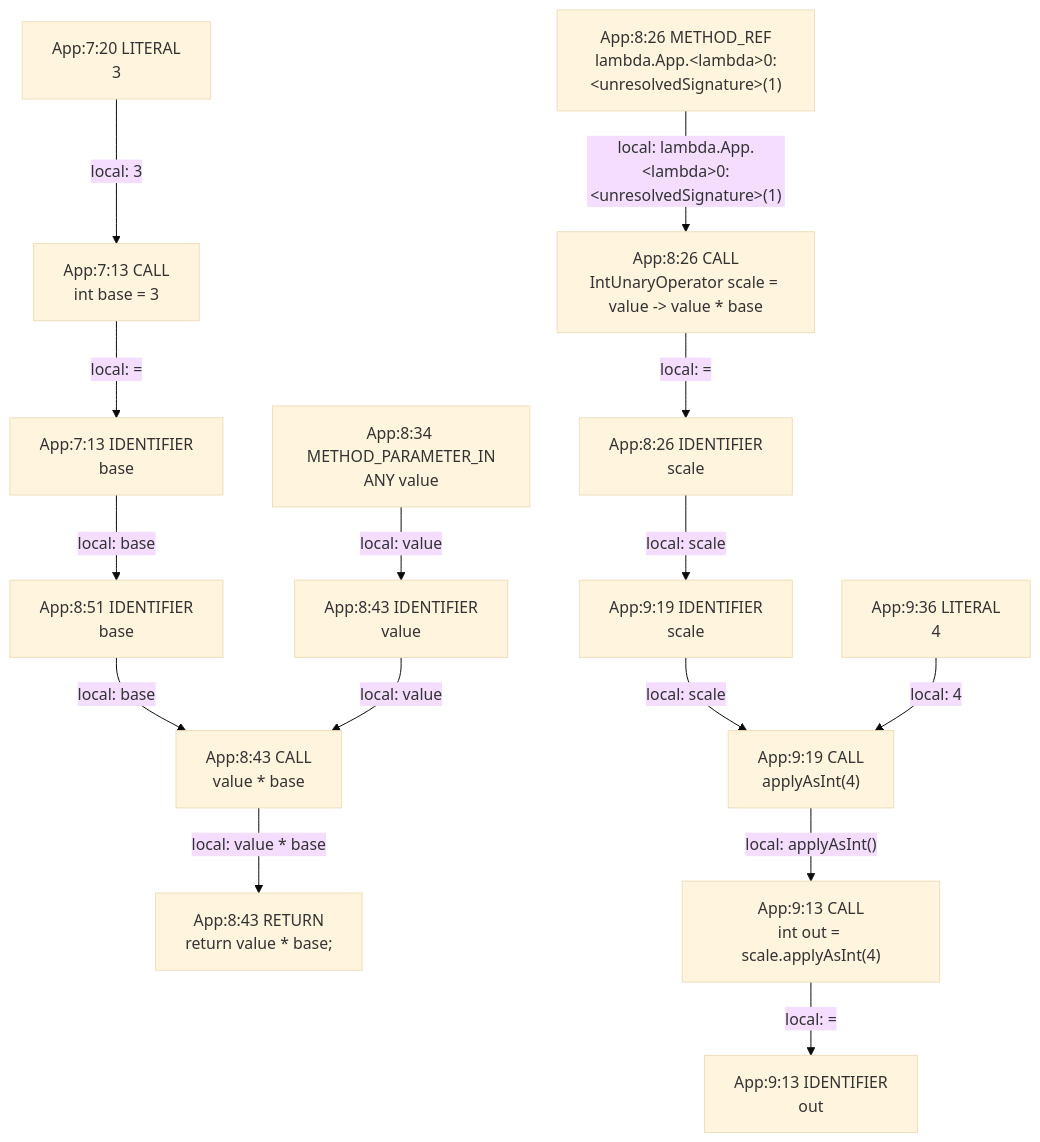
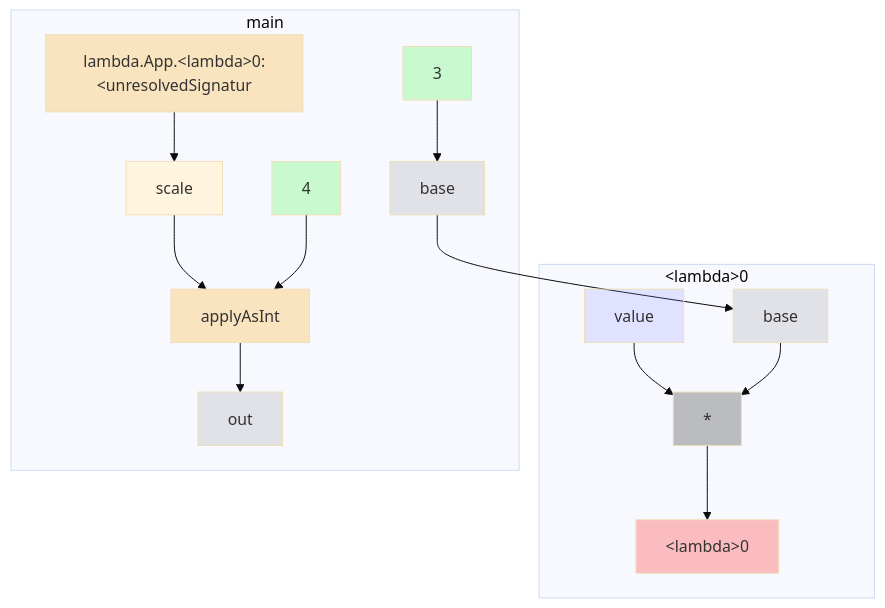
The diagram in app/src/test/resources/lambda/spike-truth.md (gstiebler/codeflow), drawn with Mermaid (base theme) before and after one commit. The commit also changed other lines of this file and 76 other files, not shown here.

Commit message:
spike: render case value graphs condensed, in the Kotlin engine's truth.md style

````diff
--- a/app/src/test/resources/lambda/spike-truth.md
+++ b/app/src/test/resources/lambda/spike-truth.md
@@ -3,33 +3,34 @@
 ```mermaid
 flowchart TD
-  n0["App:7:13 CALL<br/>int base = 3"]
-  n1["App:7:13 IDENTIFIER<br/>base"]
-  n2["App:7:20 LITERAL<br/>3"]
-  n3["App:8:26 CALL<br/>IntUnaryOperator scale = value -#gt; value * base"]
-  n4["App:8:26 IDENTIFIER<br/>scale"]
-  n5["App:8:26 METHOD_REF<br/>lambda.App.#lt;lambda#gt;0:#lt;unresolvedSignature#gt;(1)"]
-  n6["App:8:34 METHOD_PARAMETER_IN<br/>ANY value"]
-  n7["App:8:43 CALL<br/>value * base"]
-  n8["App:8:43 IDENTIFIER<br/>value"]
-  n9["App:8:43 RETURN<br/>return value * base;"]
-  n10["App:8:51 IDENTIFIER<br/>base"]
-  n11["App:9:13 CALL<br/>int out = scale.applyAsInt(4)"]
-  n12["App:9:13 IDENTIFIER<br/>out"]
-  n13["App:9:19 CALL<br/>applyAsInt(4)"]
-  n14["App:9:19 IDENTIFIER<br/>scale"]
-  n15["App:9:36 LITERAL<br/>4"]
-  n0 -->|"local: ="| n1
-  n1 -->|"local: base"| n10
-  n10 -->|"local: base"| n7
-  n11 -->|"local: ="| n12
-  n13 -->|"local: applyAsInt()"| n11
-  n14 -->|"local: scale"| n13
-  n15 -->|"local: 4"| n13
-  n2 -->|"local: 3"| n0
-  n3 -->|"local: ="| n4
-  n4 -->|"local: scale"| n14
-  n5 -->|"local: lambda.App.#lt;lambda#gt;0:#lt;unresolvedSignature#gt;(1)"| n3
-  n6 -->|"local: value"| n8
-  n7 -->|"local: value * base"| n9
-  n8 -->|"local: value"| n7
+  subgraph m0["#lt;lambda#gt;0"]
+    n0["*"]:::BIN_OP
+    n1["value"]:::FUNC_PARAM
+    n2["#lt;lambda#gt;0"]:::RETURN
+    n3["base"]:::VARIABLE
+  end
+  subgraph m1["main"]
+    n4["applyAsInt"]:::EXTERNAL
+    n5["lambda.App.#lt;lambda#gt;0:#lt;unresolvedSignatur"]:::EXTERNAL
+    n6["3"]:::LITERAL
+    n7["4"]:::LITERAL
+    n8["base"]:::VARIABLE
+    n9["out"]:::VARIABLE
+    n10["scale"]:::OBJ_VARIABLE
+  end
+  n0 --> n2
+  n1 --> n0
+  n10 --> n4
+  n3 --> n0
+  n4 --> n9
+  n5 --> n10
+  n6 --> n8
+  n7 --> n4
+  n8 --> n3
+  classDef LITERAL fill:#00FF0030
+  classDef VARIABLE fill:#80808030
+  classDef BIN_OP fill:#80808080
+  classDef FUNC_PARAM fill:#8080FF30
+  classDef RETURN fill:#FF808080
+  classDef EXTERNAL fill:#FFA50040
+  classDef UNMODELLED fill:#FF000030,stroke-dasharray: 4 2
 ```
````
